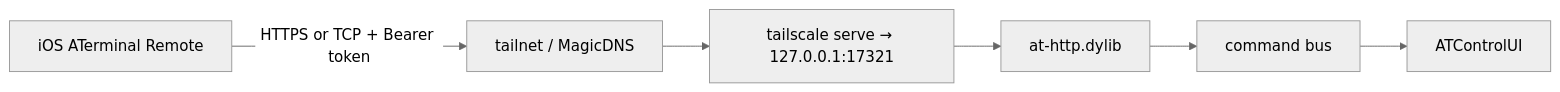
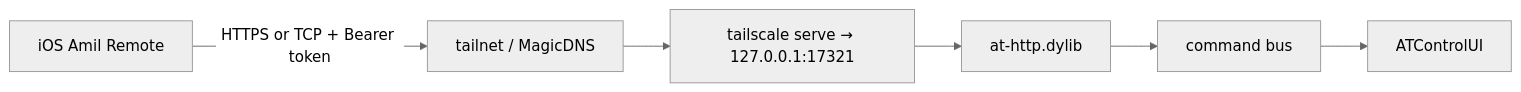
One commit to C4T4/Amil changed the third of 4 diagrams in docs/control-plane.md. Above: the diagram before and after it, drawn with Mermaid (neutral theme). The commit also changed other lines of this file and 9 other files, not shown here.

````diff
--- a/docs/control-plane.md
+++ b/docs/control-plane.md
@@ -592,8 +592,8 @@
 ```mermaid
 flowchart LR
-  iOS["iOS ATerminal Remote"] -->|HTTPS or TCP + Bearer token| TS["tailnet / MagicDNS"]
+  iOS["iOS Amil Remote"] -->|HTTPS or TCP + Bearer token| TS["tailnet / MagicDNS"]
   TS --> Serve["tailscale serve → 127.0.0.1:17321"]
   Serve --> HTTP["at-http.dylib"]
   HTTP --> Bus["command bus"]
   Bus --> UI["ATControlUI"]
 ```
````
